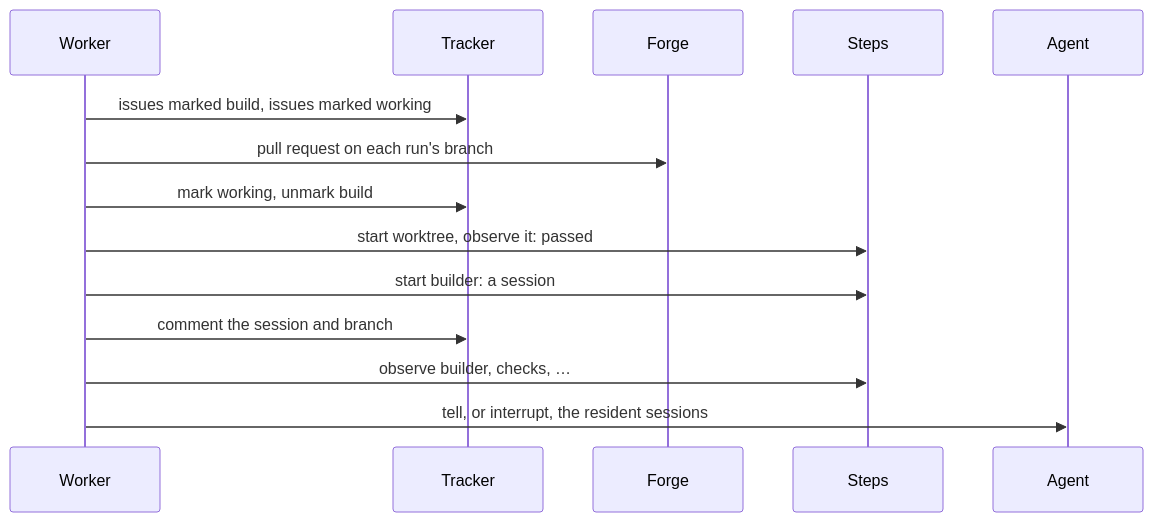
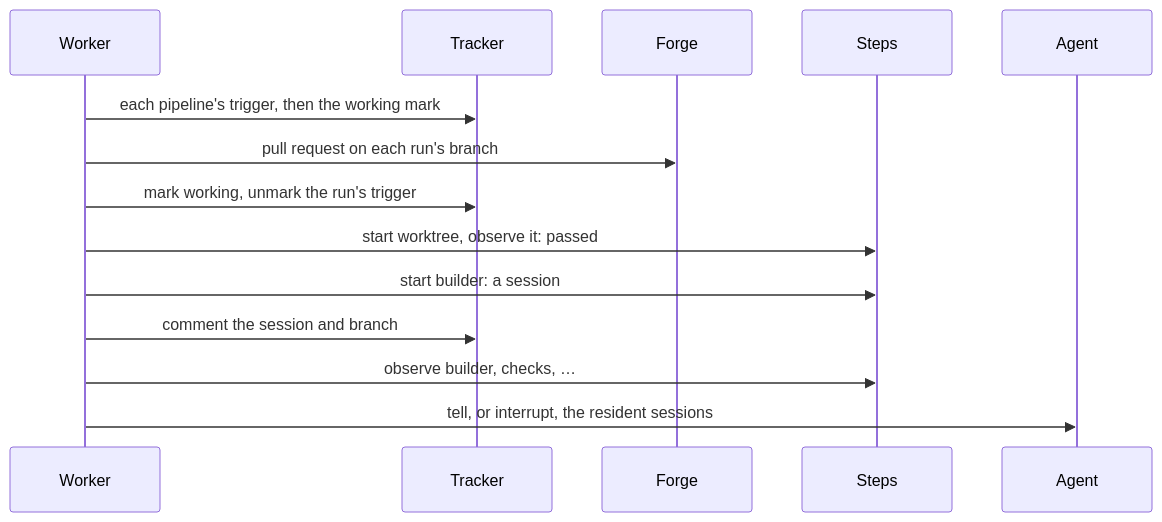
Before and after one commit to wrkhse/atelier: the diagram in crates/core/src/poll/README.md, drawn with Mermaid. The commit also changed other lines of this file and 35 other files, not shown here.

First line of the commit message:
feat: start each pipeline by its own trigger mark (slice 3, part 4) (#69)

````diff
--- a/crates/core/src/poll/README.md
+++ b/crates/core/src/poll/README.md
@@ -9,16 +9,16 @@
 ```mermaid
 sequenceDiagram
     participant W as Worker
     participant T as Tracker
     participant F as Forge
     participant S as Steps
     participant A as Agent
-    W->>T: issues marked build, issues marked working
+    W->>T: each pipeline's trigger, then the working mark
     W->>F: pull request on each run's branch
-    W->>T: mark working, unmark build
+    W->>T: mark working, unmark the run's trigger
     W->>S: start worktree, observe it: passed
     W->>S: start builder: a session
     W->>T: comment the session and branch
     W->>S: observe builder, checks, …
     W->>A: tell, or interrupt, the resident sessions
 ```
````
